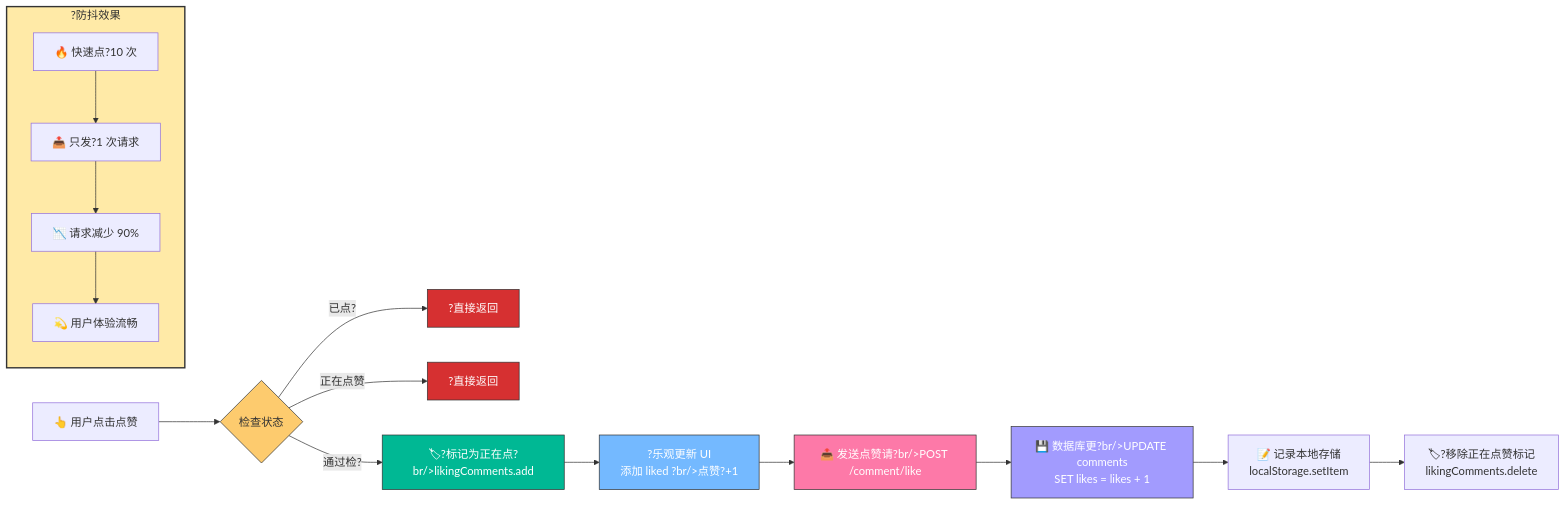
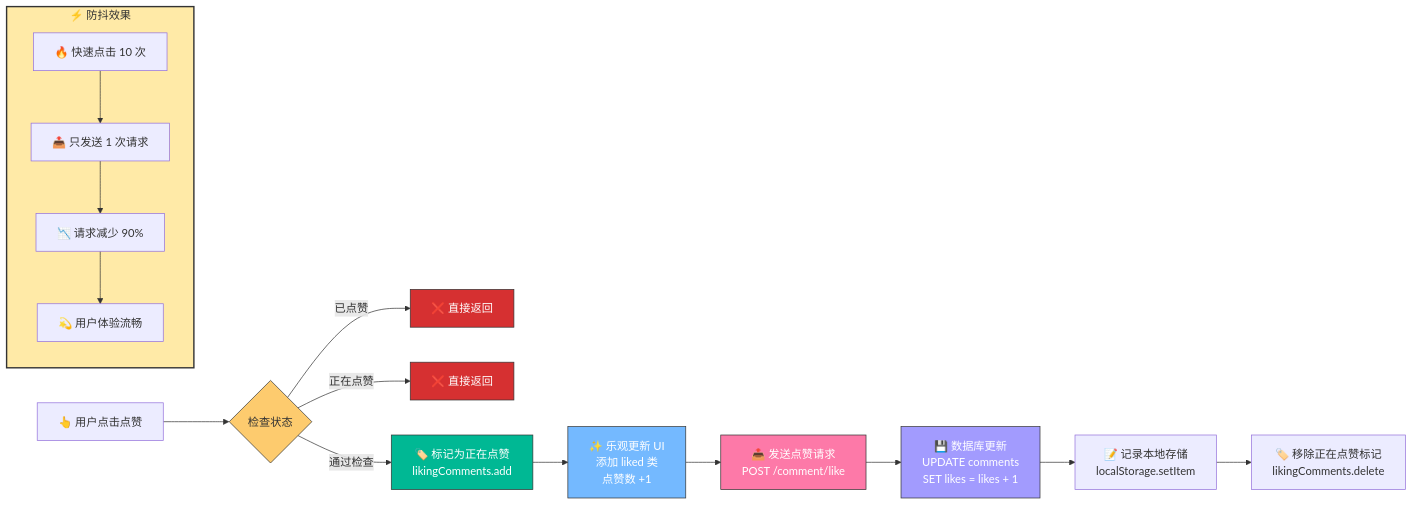
One commit to ImUpXuu/xuhome changed the fifth of 5 diagrams in src/content/posts/extalk.md. Above: the diagram before and after it, drawn with Mermaid. The commit also changed other lines of this file and 94 other files, not shown here.

````diff
--- a/src/content/posts/extalk.md
+++ b/src/content/posts/extalk.md
@@ -279,30 +278,30 @@
 ```mermaid
 flowchart LR
     A[👆 用户点击点赞] --> B{检查状态}
-    B -->|已点?| C1[?直接返回]
-    B -->|正在点赞 | C2[?直接返回]
-    B -->|通过检?| D[🏷?标记为正在点?br/>likingComments.add]
+    B -->|已点赞 | C1[❌ 直接返回]
+    B -->|正在点赞 | C2[❌ 直接返回]
+    B -->|通过检查 | D[🏷️ 标记为正在点赞<br/>likingComments.add]
   
-    D --> E[?乐观更新 UI<br/>添加 liked ?br/>点赞?+1]
-    E --> F[📤 发送点赞请?br/>POST /comment/like]
-    F --> G[💾 数据库更?br/>UPDATE comments<br/>SET likes = likes + 1]
+    D --> E[✨ 乐观更新 UI<br/>添加 liked 类<br/>点赞数 +1]
+    E --> F[📤 发送点赞请求<br/>POST /comment/like]
+    F --> G[💾 数据库更新<br/>UPDATE comments<br/>SET likes = likes + 1]
     G --> H[📝 记录本地存储<br/>localStorage.setItem]
-    H --> I[🏷?移除正在点赞标记<br/>likingComments.delete]
+    H --> I[🏷️ 移除正在点赞标记<br/>likingComments.delete]
   
     style B fill:#fdcb6e,stroke:#333
     style D fill:#00b894,stroke:#333,color:#fff
     style E fill:#74b9ff,stroke:#333,color:#fff
     style F fill:#fd79a8,stroke:#333,color:#fff
     style G fill:#a29bfe,stroke:#333,color:#fff
     style C1 fill:#d63031,stroke:#333,color:#fff
     style C2 fill:#d63031,stroke:#333,color:#fff
   
-    subgraph Effect["?防抖效果"]
+    subgraph Effect["⚡ 防抖效果"]
         direction TB
-        S1[🔥 快速点?10 次] --> S2[📤 只发?1 次请求]
+        S1[🔥 快速点击 10 次] --> S2[📤 只发送 1 次请求]
         S2 --> S3[📉 请求减少 90%]
         S3 --> S4[💫 用户体验流畅]
     end
   
     style Effect fill:#ffeaa7,stroke:#333,stroke-width:2px
 ```
````
